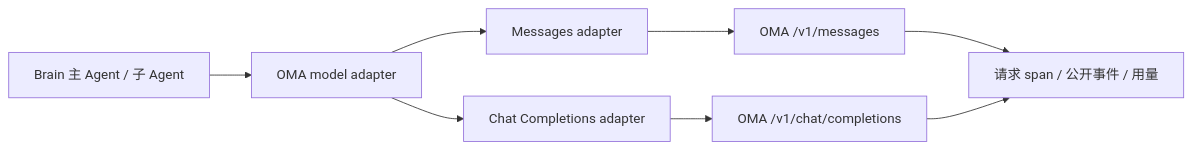
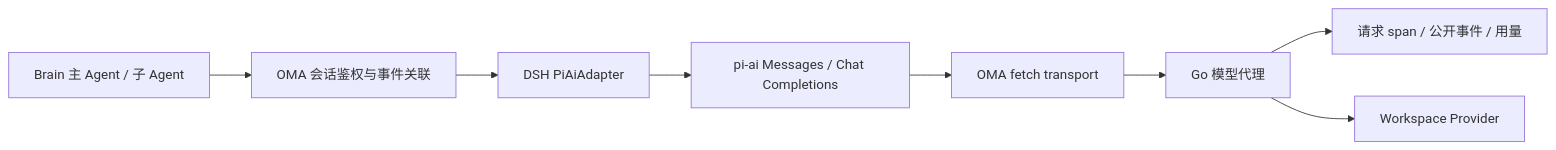
The second of 2 diagrams in docs/design/be/brain-runtime.md (superduck-ai/open-managed-agents), drawn with Mermaid before and after one commit. The commit also changed other lines of this file and 21 other files, not shown here.

Commit message:
refactor(brain): reuse official DSH model adapters

````diff
--- a/docs/design/be/brain-runtime.md
+++ b/docs/design/be/brain-runtime.md
@@ -114,10 +114,10 @@
 ```mermaid
 flowchart LR
-    Runtime[Brain 主 Agent / 子 Agent] --> Router[OMA model adapter]
-    Router --> Messages[Messages adapter]
-    Router --> Chat[Chat Completions adapter]
-    Messages --> MessagesProxy[OMA /v1/messages]
-    Chat --> ChatProxy[OMA /v1/chat/completions]
-    MessagesProxy --> Lifecycle[请求 span / 公开事件 / 用量]
-    ChatProxy --> Lifecycle
+    Runtime[Brain 主 Agent / 子 Agent] --> OMA[OMA 会话鉴权与事件关联]
+    OMA --> Adapter[DSH PiAiAdapter]
+    Adapter --> SDK[pi-ai Messages / Chat Completions]
+    SDK --> Transport[OMA fetch transport]
+    Transport --> Proxy[Go 模型代理]
+    Proxy --> Lifecycle[请求 span / 公开事件 / 用量]
+    Proxy --> Provider[Workspace Provider]
 ```
````
